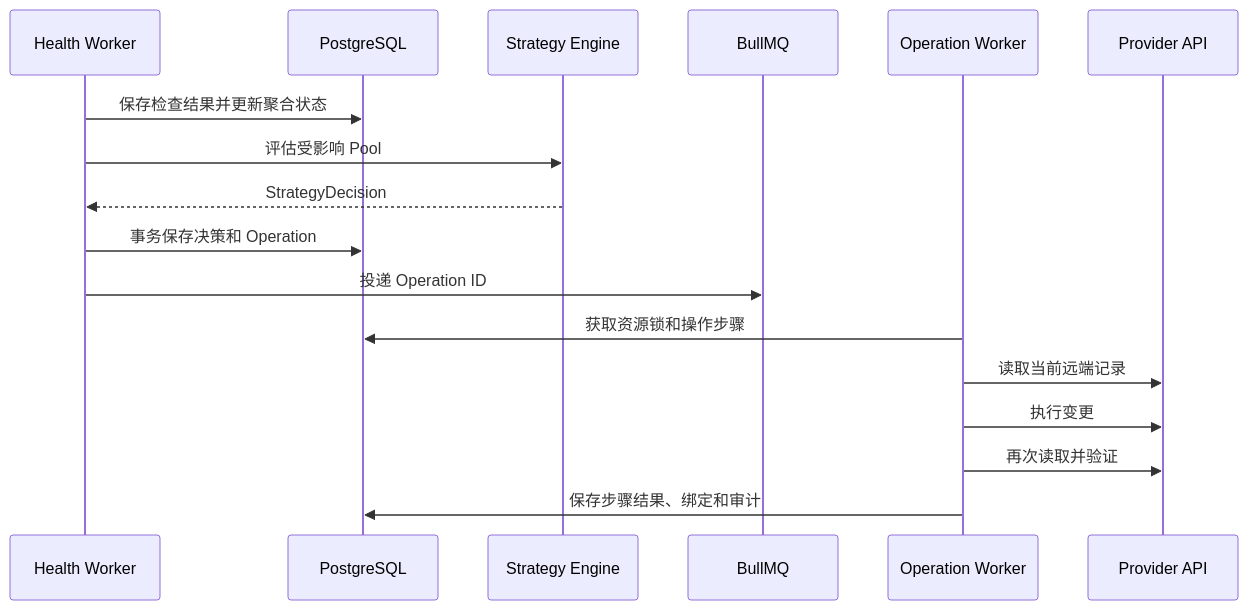
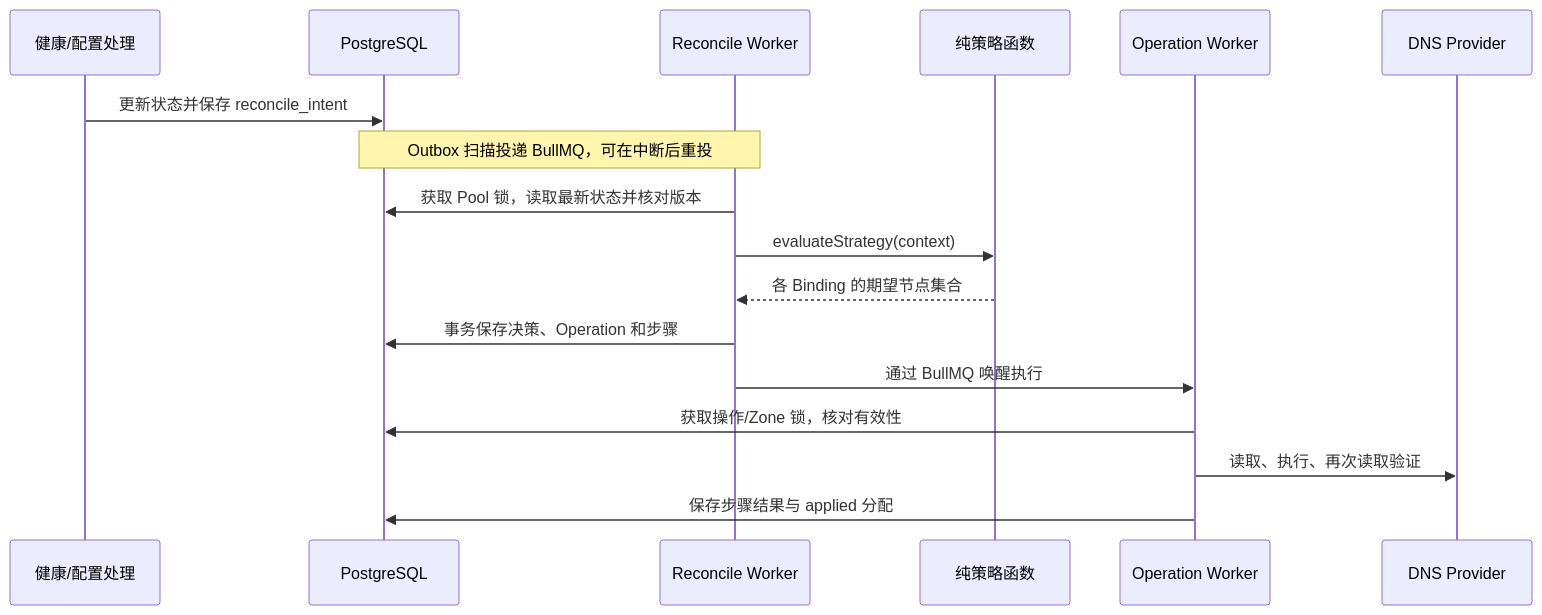
Before and after one commit to Bend-Function/MasterDNS: the second of 3 diagrams in docs/ARCHITECTURE.md, drawn with Mermaid. The commit also changed other lines of this file and 2 other files, not shown here.

Commit message:
docs: align architecture and data model with current implementation

````diff
--- a/docs/ARCHITECTURE.md
+++ b/docs/ARCHITECTURE.md
@@ -193,19 +119,19 @@
 ```mermaid
 sequenceDiagram
-    participant H as Health Worker
+    participant H as 健康/配置处理
     participant DB as PostgreSQL
-    participant S as Strategy Engine
-    participant Q as BullMQ
+    participant R as Reconcile Worker
+    participant S as 纯策略函数
     participant O as Operation Worker
-    participant P as Provider API
-    H->>DB: 保存检查结果并更新聚合状态
-    H->>S: 评估受影响 Pool
-    S-->>H: StrategyDecision
-    H->>DB: 事务保存决策和 Operation
-    H->>Q: 投递 Operation ID
-    O->>DB: 获取资源锁和操作步骤
-    O->>P: 读取当前远端记录
-    O->>P: 执行变更
-    O->>P: 再次读取并验证
-    O->>DB: 保存步骤结果、绑定和审计
+    participant P as DNS Provider
+    H->>DB: 更新状态并保存 reconcile_intent
+    Note over DB,R: Outbox 扫描投递 BullMQ，可在中断后重投
+    R->>DB: 获取 Pool 锁，读取最新状态并核对版本
+    R->>S: evaluateStrategy(context)
+    S-->>R: 各 Binding 的期望节点集合
+    R->>DB: 事务保存决策、Operation 和步骤
+    R->>O: 通过 BullMQ 唤醒执行
+    O->>DB: 获取操作/Zone 锁，核对有效性
+    O->>P: 读取、执行、再次读取验证
+    O->>DB: 保存步骤结果与 applied 分配
 ```
````
